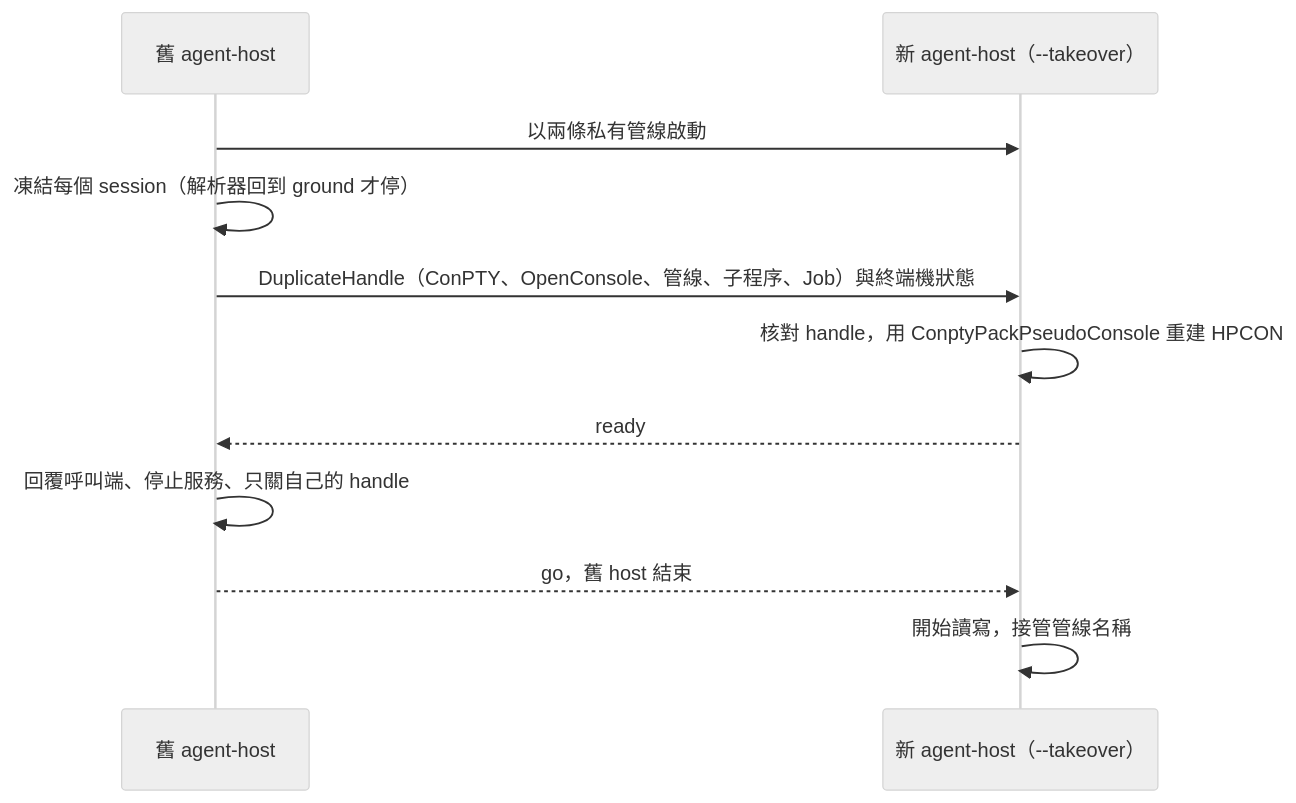
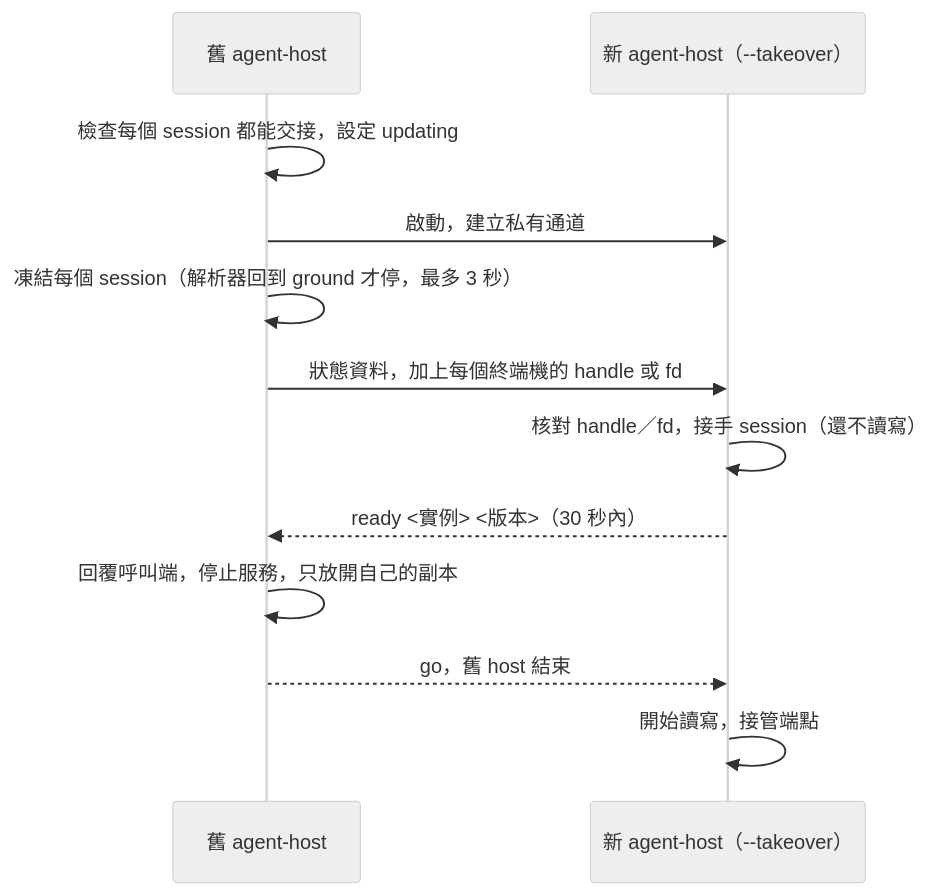
The second of 2 diagrams in docs/design/AgentDesk_Design.md (EddyKuo/AgentDesk), drawn with Mermaid (neutral theme) before and after one commit. The commit also changed other lines of this file and 6 other files, not shown here.

````diff
--- a/docs/design/AgentDesk_Design.md
+++ b/docs/design/AgentDesk_Design.md
@@ -229,13 +409,14 @@
 ```mermaid
 sequenceDiagram
     participant Old as 舊 agent-host
     participant New as 新 agent-host（--takeover）
-    Old->>New: 以兩條私有管線啟動
-    Old->>Old: 凍結每個 session（解析器回到 ground 才停）
-    Old->>New: DuplicateHandle（ConPTY、OpenConsole、管線、子程序、Job）與終端機狀態
-    New->>New: 核對 handle，用 ConptyPackPseudoConsole 重建 HPCON
-    New-->>Old: ready
-    Old->>Old: 回覆呼叫端、停止服務、只關自己的 handle
+    Old->>Old: 檢查每個 session 都能交接，設定 updating
+    Old->>New: 啟動，建立私有通道
+    Old->>Old: 凍結每個 session（解析器回到 ground 才停，最多 3 秒）
+    Old->>New: 狀態資料，加上每個終端機的 handle 或 fd
+    New->>New: 核對 handle／fd，接手 session（還不讀寫）
+    New-->>Old: ready <實例> <版本>（30 秒內）
+    Old->>Old: 回覆呼叫端，停止服務，只放開自己的副本
     Old-->>New: go，舊 host 結束
-    New->>New: 開始讀寫，接管管線名稱
+    New->>New: 開始讀寫，接管端點
 ```
````
